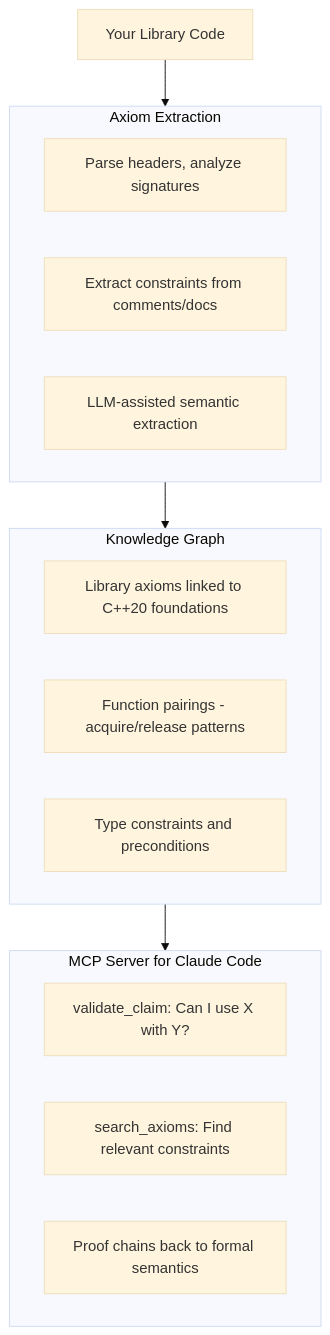
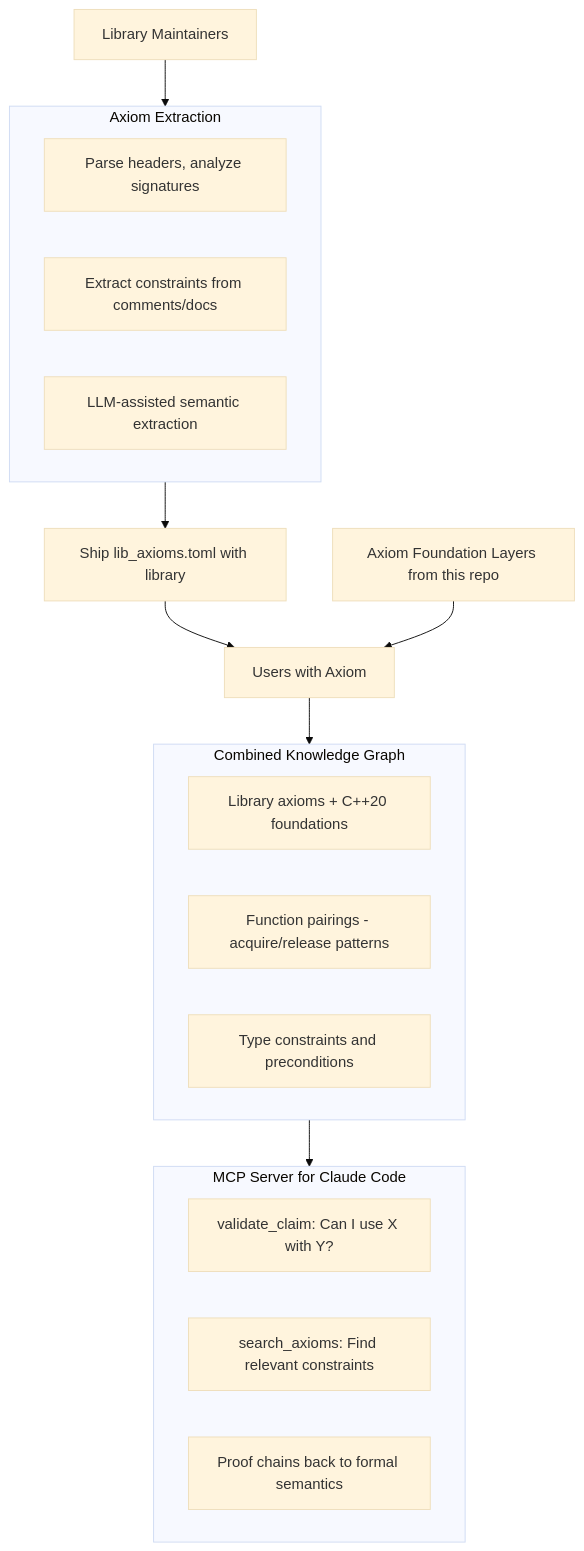
Before and after one commit to mattyv/axiom: the diagram in README.md, drawn with Mermaid (base theme). The commit also changed other lines of this file and 2 other files, not shown here.

First line of the commit message:
Update README with accurate library maintainer/user workflow

````diff
--- a/README.md
+++ b/README.md
@@ -23,27 +23,32 @@
 ```mermaid
 flowchart TB
-    A[Your Library Code]
+    A[Library Maintainers]
     A --> B
 
     subgraph B[Axiom Extraction]
         B1[Parse headers, analyze signatures]
         B2[Extract constraints from comments/docs]
         B3[LLM-assisted semantic extraction]
     end
 
-    B --> C
+    B --> C[Ship lib_axioms.toml with library]
 
-    subgraph C[Knowledge Graph]
-        C1[Library axioms linked to C++20 foundations]
-        C2[Function pairings - acquire/release patterns]
-        C3[Type constraints and preconditions]
+    C --> D[Users with Axiom]
+    E[Axiom Foundation Layers from this repo] --> D
+
+    D --> F
+
+    subgraph F[Combined Knowledge Graph]
+        F1[Library axioms + C++20 foundations]
+        F2[Function pairings - acquire/release patterns]
+        F3[Type constraints and preconditions]
     end
 
-    C --> D
+    F --> G
 
-    subgraph D[MCP Server for Claude Code]
-        D1["validate_claim: Can I use X with Y?"]
-        D2[search_axioms: Find relevant constraints]
-        D3[Proof chains back to formal semantics]
+    subgraph G[MCP Server for Claude Code]
+        G1["validate_claim: Can I use X with Y?"]
+        G2[search_axioms: Find relevant constraints]
+        G3[Proof chains back to formal semantics]
     end
 ```
````
